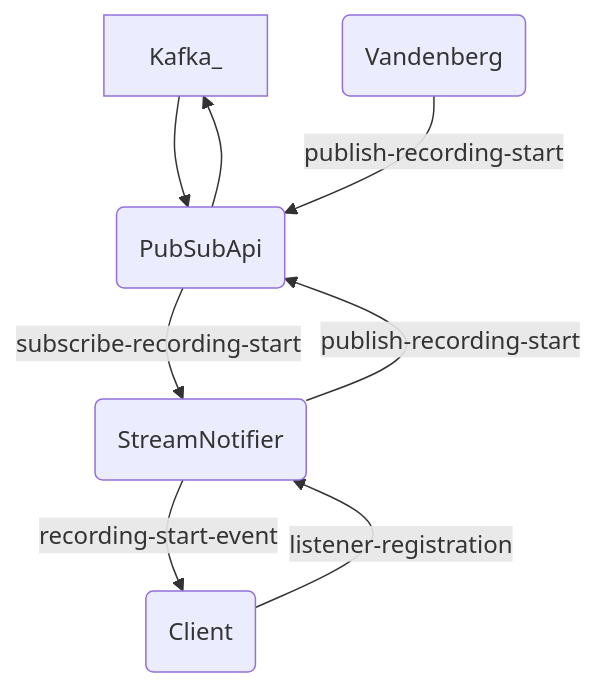
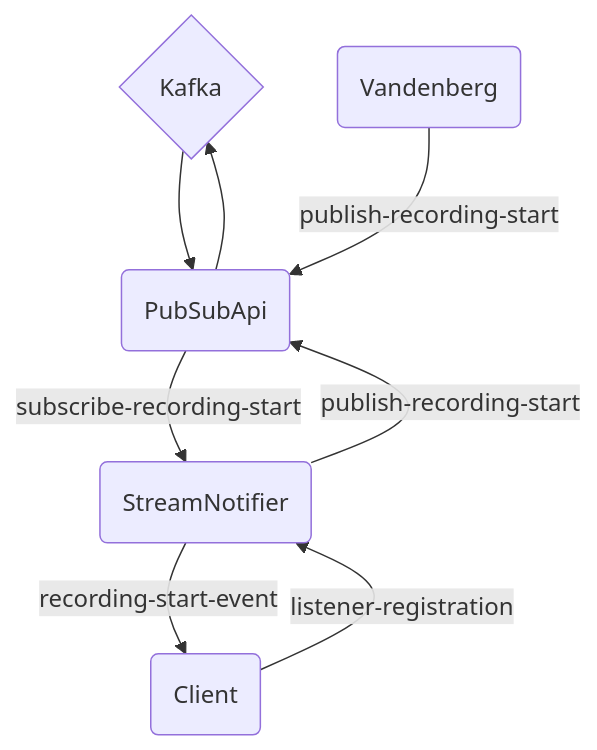
The diagram in async.notifications.md (unicomp23/omni), drawn with Mermaid before and after one commit.

````diff
--- a/async.notifications.md
+++ b/async.notifications.md
@@ -3,10 +3,10 @@
 ```mermaid
 flowchart TD
-    Kafka_ -->PubSubApi_(PubSubApi)
+    Kafka_{Kafka} -->PubSubApi_(PubSubApi)
     PubSubApi_ -->Kafka_
     Vandenberg_(Vandenberg) -->|publish-recording-start| PubSubApi_
     PubSubApi_ -->|subscribe-recording-start| StreamNotifier_(StreamNotifier)
     StreamNotifier_ -->|publish-recording-start| PubSubApi_
     Client_(Client) -->|listener-registration| StreamNotifier_
     StreamNotifier_ -->|recording-start-event| Client_
 ```
````
